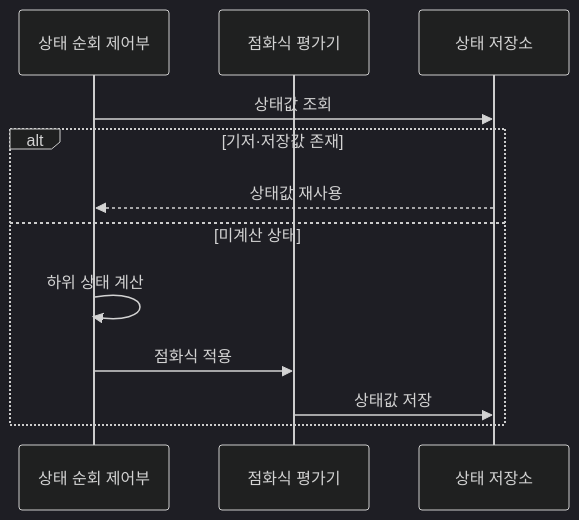
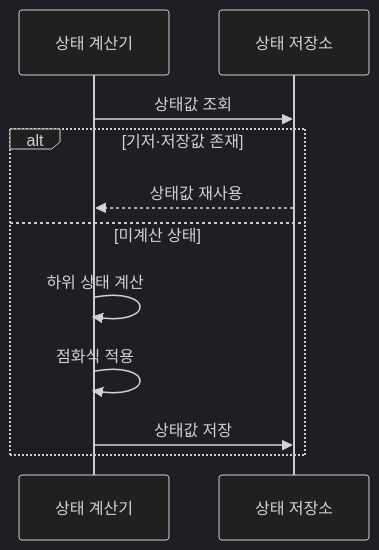
The second of 2 diagrams in src/content/docs/notes/01-basic-theory/013_dynamic_programming.md (agnusdei1207/knowledge-base), drawn with Mermaid (dark theme) before and after one commit. The commit also changed other lines of this file and 7 other files, not shown here.

````diff
--- a/src/content/docs/notes/01-basic-theory/013_dynamic_programming.md
+++ b/src/content/docs/notes/01-basic-theory/013_dynamic_programming.md
@@ -83,14 +82,13 @@
 ```mermaid
 sequenceDiagram
-    participant P as 상태 순회 제어부
-    participant E as 점화식 평가기
+    participant P as 상태 계산기
     participant M as 상태 저장소
     P->>M: 상태값 조회
     alt 기저·저장값 존재
         M-->>P: 상태값 재사용
     else 미계산 상태
         P->>P: 하위 상태 계산
-        P->>E: 점화식 적용
-        E->>M: 상태값 저장
+        P->>P: 점화식 적용
+        P->>M: 상태값 저장
     end
 ```
````
